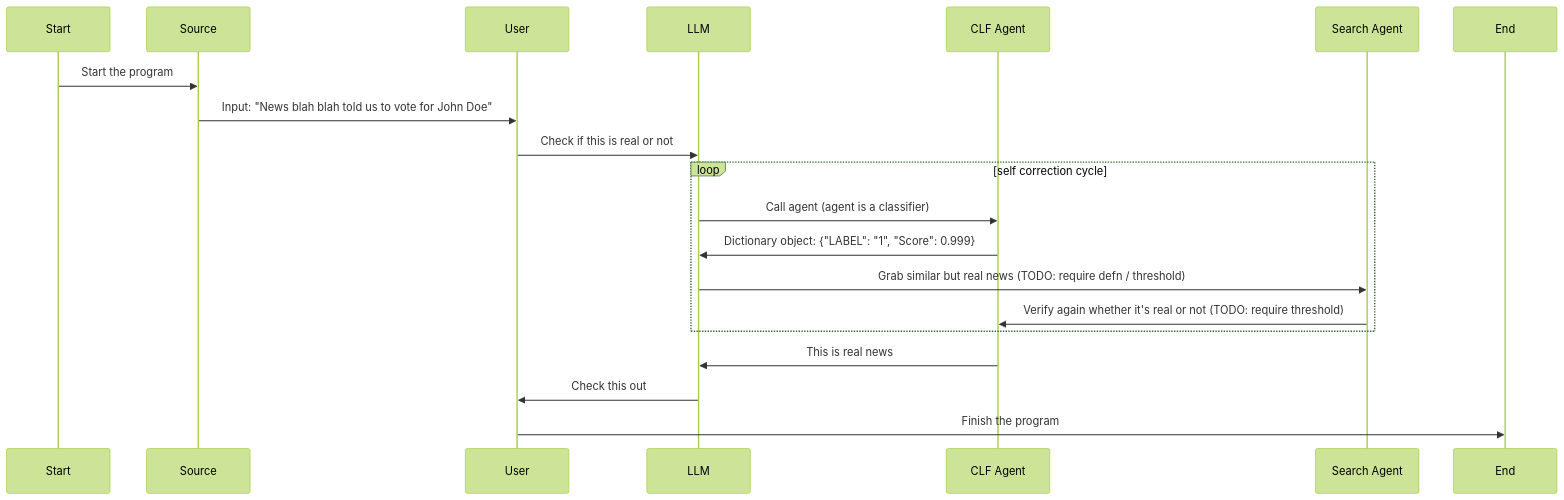
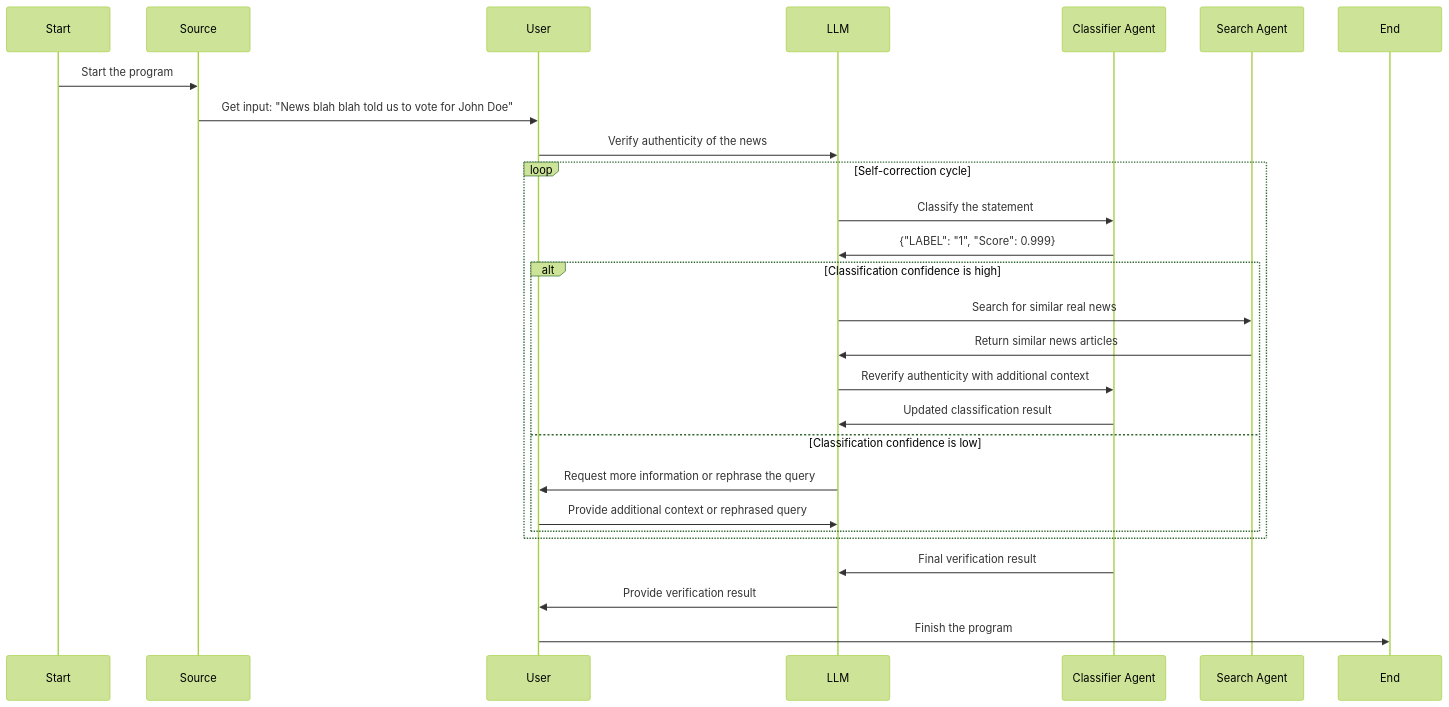
One commit to lliang25/system-diagram changed the diagram in examples/01_real_fake_news.md. Above: the diagram before and after it, drawn with Mermaid (forest theme).

````diff
--- a/examples/01_real_fake_news.md
+++ b/examples/01_real_fake_news.md
@@ -3,25 +3,31 @@
 ```mermaid
 sequenceDiagram
+   participant S as Start
+   participant SRC as Source
+   participant U as User
+   participant L as LLM
+   participant A1 as Classifier Agent
+   participant A2 as Search Agent
+   participant ED as End
 
-    participant S as Start
-    participant SRC as Source
-    participant U as User
-    participant L as LLM
-    participant A1 as CLF Agent
-    participant A2 as Search Agent
-    participant ED as End
 
-    S->>SRC: Start the program
-    SRC->>U: Input: "News blah blah told us to vote for John Doe"
-    U->>L: Check if this is real or not
-    loop self correction cycle
-        L->>A1: Call agent (agent is a classifier)
-        A1->>L: Dictionary object: {"LABEL": "1", "Score": 0.999}
-        L->>A2: Grab similar but real news (TODO: require defn / threshold)
-        A2->>A1: Verify again whether it's real or not (TODO: require threshold)
-    end
-    A1->>L: This is real news
-    L->>U: Check this out
-    U->>ED: Finish the program
-
+   S->>SRC: Start the program
+   SRC->>U: Get input: "News blah blah told us to vote for John Doe"
+   U->>L: Verify authenticity of the news
+   loop Self-correction cycle
+       L->>A1: Classify the statement
+       A1->>L: {"LABEL": "1", "Score": 0.999}
+       alt Classification confidence is high
+           L->>A2: Search for similar real news
+           A2->>L: Return similar news articles
+           L->>A1: Reverify authenticity with additional context
+           A1->>L: Updated classification result
+       else Classification confidence is low
+           L->>U: Request more information or rephrase the query
+           U->>L: Provide additional context or rephrased query
+       end
+   end
+   A1->>L: Final verification result
+   L->>U: Provide verification result
+   U->>ED: Finish the program
 ```
````
